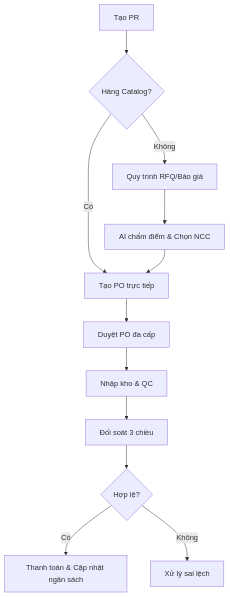
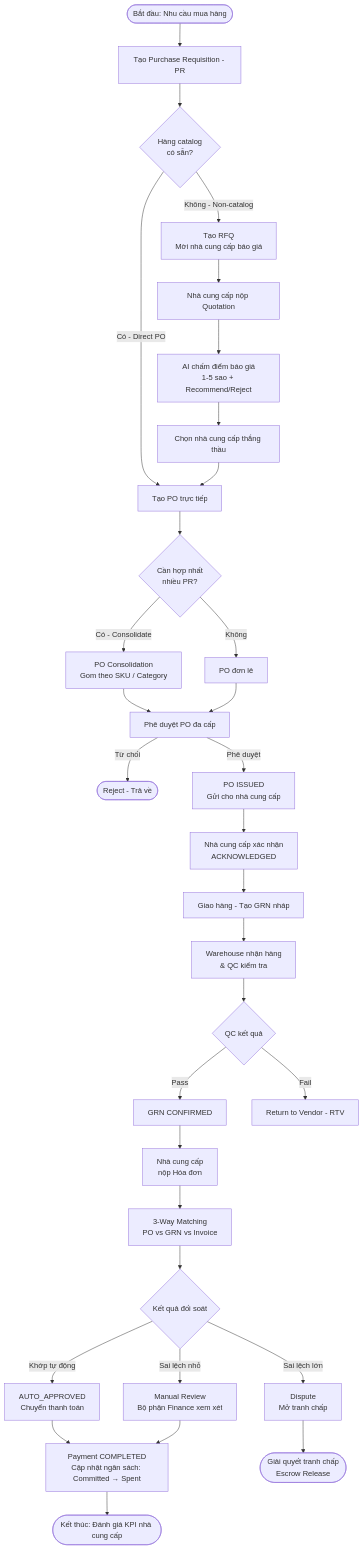
Before and after one commit to NguyenDinhNam28803/Order_Management_System: the first of 9 diagrams in README.md, drawn with Mermaid. The commit also changed other lines of this file and 5 other files, not shown here.

````diff
--- a/README.md
+++ b/README.md
@@ -39,14 +89,42 @@
 ```mermaid
-graph TD
-    A[Tạo PR] --> B{Hàng Catalog?}
-    B -->|Có| C[Tạo PO trực tiếp]
-    B -->|Không| D[Quy trình RFQ/Báo giá]
-    D --> E[AI chấm điểm & Chọn NCC]
-    E --> C
-    C --> F[Duyệt PO đa cấp]
-    F --> G[Nhập kho & QC]
-    G --> H[Đối soát 3 chiều]
-    H --> I{Hợp lệ?}
-    I -->|Có| J[Thanh toán & Cập nhật ngân sách]
-    I -->|Không| K[Xử lý sai lệch]
+flowchart TD
+    A([Bắt đầu: Nhu cầu mua hàng]) --> B[Tạo Purchase Requisition - PR]
+    B --> C{Hàng catalog\ncó sẵn?}
+
+    C -->|Có - Direct PO| D[Tạo PO trực tiếp]
+    C -->|Không - Non-catalog| E[Tạo RFQ\nMời nhà cung cấp báo giá]
+
+    E --> F[Nhà cung cấp nộp Quotation]
+    F --> G[AI chấm điểm báo giá\n1-5 sao + Recommend/Reject]
+    G --> H[Chọn nhà cung cấp thắng thầu]
+    H --> D
+
+    D --> I{Cần hợp nhất\nnhiều PR?}
+    I -->|Có - Consolidate| J[PO Consolidation\nGom theo SKU / Category]
+    I -->|Không| K[PO đơn lẻ]
+    J --> L[Phê duyệt PO đa cấp]
+    K --> L
+
+    L -->|Từ chối| M([Reject - Trả về])
+    L -->|Phê duyệt| N[PO ISSUED\nGửi cho nhà cung cấp]
+
+    N --> O[Nhà cung cấp xác nhận\nACKNOWLEDGED]
+    O --> P[Giao hàng - Tạo GRN nháp]
+    P --> Q[Warehouse nhận hàng\n& QC kiểm tra]
+    Q --> R{QC kết quả}
+    R -->|Pass| S[GRN CONFIRMED]
+    R -->|Fail| T[Return to Vendor - RTV]
+
+    S --> U[Nhà cung cấp\nnộp Hóa đơn]
+    U --> V[3-Way Matching\nPO vs GRN vs Invoice]
+    V --> W{Kết quả đối soát}
+    W -->|Khớp tự động| X[AUTO_APPROVED\nChuyển thanh toán]
+    W -->|Sai lệch nhỏ| Y[Manual Review\nBộ phận Finance xem xét]
+    W -->|Sai lệch lớn| Z[Dispute\nMở tranh chấp]
+
+    X --> AA[Payment COMPLETED\nCập nhật ngân sách: Committed → Spent]
+    Y --> AA
+    Z --> AB([Giải quyết tranh chấp\nEscrow Release])
+
+    AA --> AC([Kết thúc: Đánh giá KPI nhà cung cấp])
 ```
````
